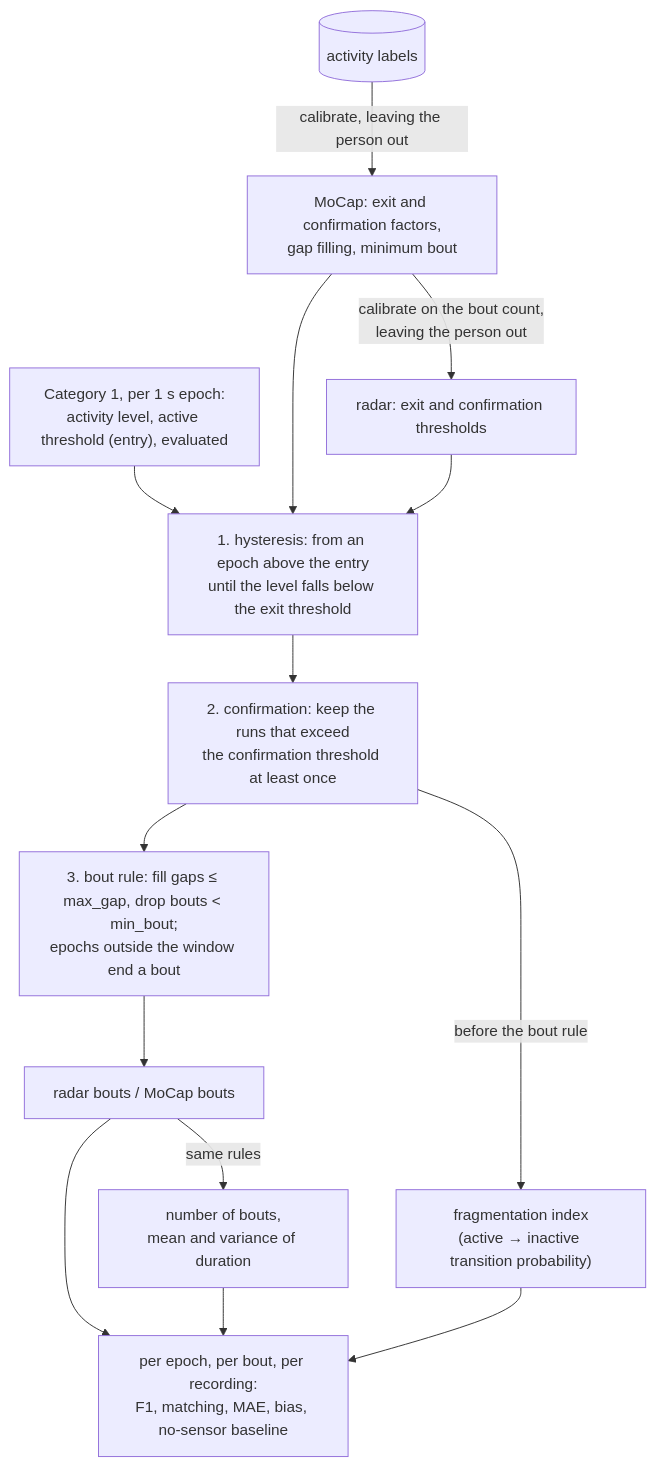
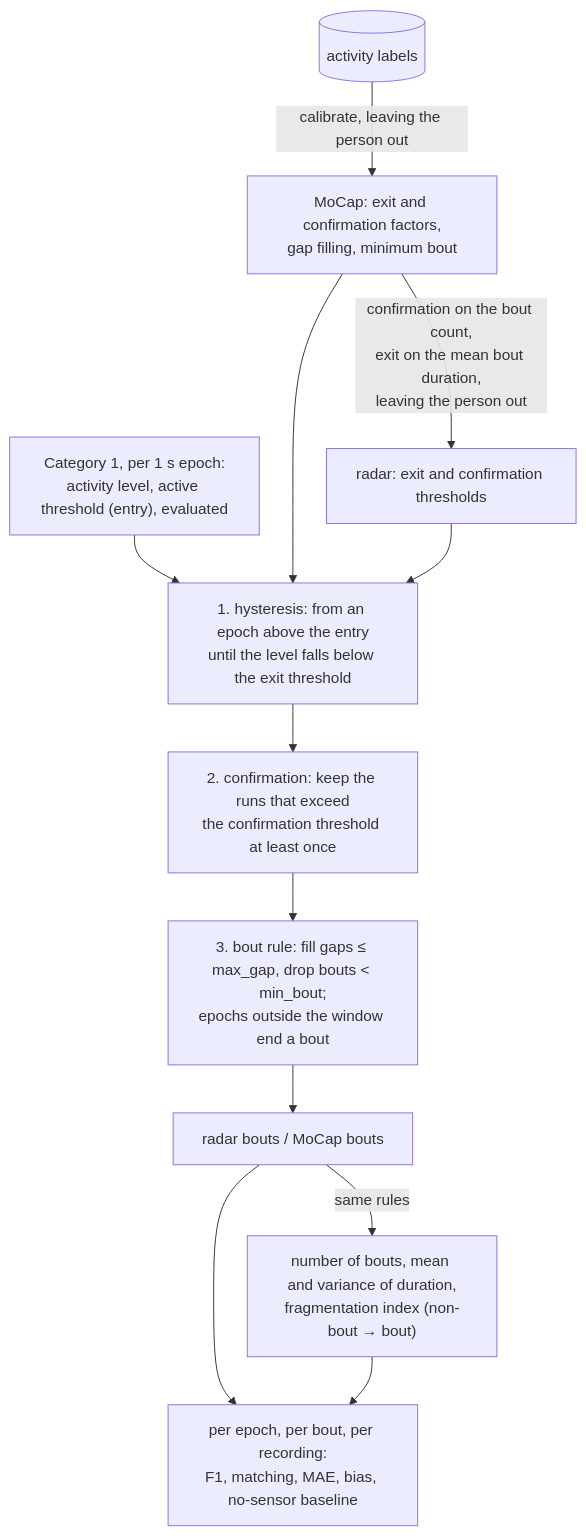
Before and after one commit to itsXuanFeng/mobilityIndex: the diagram in docs/category2.md, drawn with Mermaid. The commit also changed other lines of this file and 4 other files, not shown here.

First line of the commit message:
Category 2: radar exit calibrated on bout duration; fragmentation as non-bout -> bout

````diff
--- a/docs/category2.md
+++ b/docs/category2.md
@@ -38,16 +38,14 @@
 ```mermaid
 flowchart TD
     C1["Category 1, per 1 s epoch:<br/>activity level, active threshold (entry), evaluated"] --> H["1. hysteresis: from an epoch above the entry<br/>until the level falls below the exit threshold"]
     H --> CF["2. confirmation: keep the runs that exceed<br/>the confirmation threshold at least once"]
     L[("activity labels")] -->|"calibrate, leaving the person out"| MD["MoCap: exit and confirmation factors,<br/>gap filling, minimum bout"]
-    MD -->|"calibrate on the bout count,<br/>leaving the person out"| RX["radar: exit and confirmation thresholds"]
+    MD -->|"confirmation on the bout count,<br/>exit on the mean bout duration,<br/>leaving the person out"| RX["radar: exit and confirmation thresholds"]
     MD --> H
     RX --> H
     CF --> R["3. bout rule: fill gaps ≤ max_gap, drop bouts < min_bout;<br/>epochs outside the window end a bout"]
     R --> B["radar bouts / MoCap bouts"]
-    B -->|"same rules"| MET["number of bouts,<br/>mean and variance of duration"]
-    CF -->|"before the bout rule"| FI["fragmentation index<br/>(active → inactive transition probability)"]
+    B -->|"same rules"| MET["number of bouts, mean and variance of duration,<br/>fragmentation index (non-bout → bout)"]
     B --> EV["per epoch, per bout, per recording:<br/>F1, matching, MAE, bias, no-sensor baseline"]
     MET --> EV
-    FI --> EV
 ```
````
